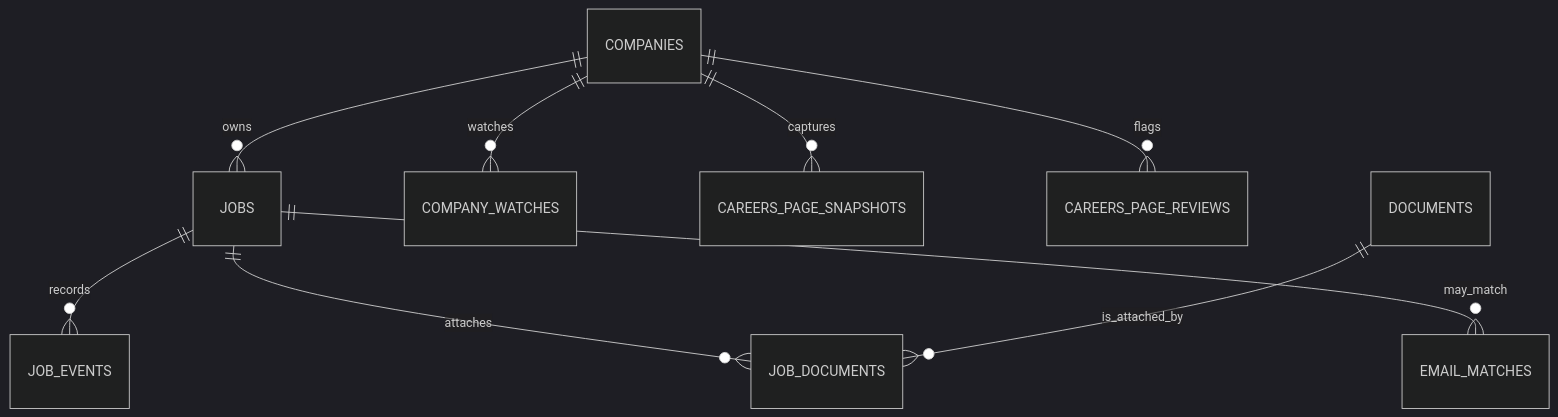
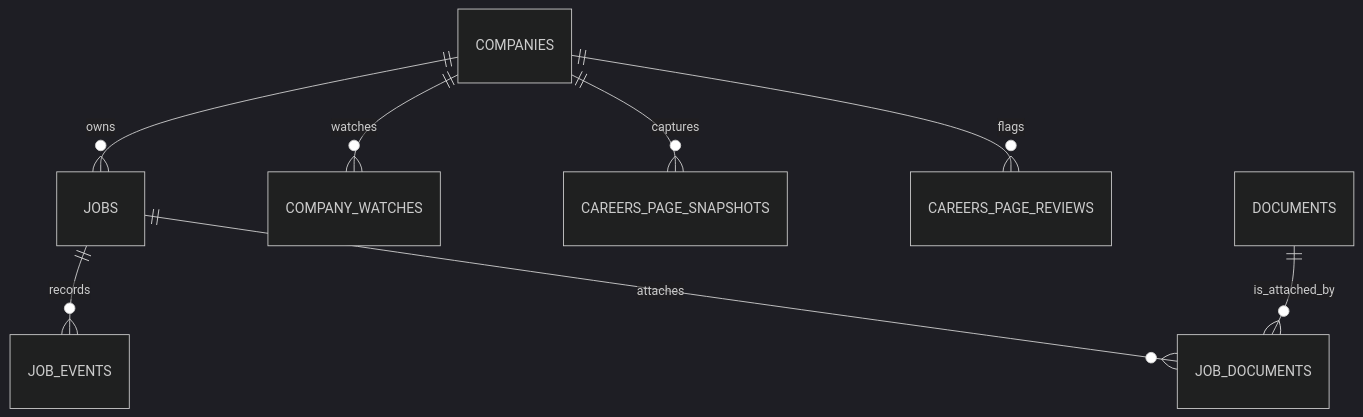
Before and after one commit to mrcyrilgoud/job-tracker: the second of 4 diagrams in docs/CODE_WALKTHROUGH.md, drawn with Mermaid (dark theme). The commit also changed other lines of this file and 26 other files, not shown here.

````diff
--- a/docs/CODE_WALKTHROUGH.md
+++ b/docs/CODE_WALKTHROUGH.md
@@ -105,11 +105,10 @@
 ```mermaid
 erDiagram
   COMPANIES ||--o{ JOBS : owns
   COMPANIES ||--o{ COMPANY_WATCHES : watches
   COMPANIES ||--o{ CAREERS_PAGE_SNAPSHOTS : captures
   COMPANIES ||--o{ CAREERS_PAGE_REVIEWS : flags
   JOBS ||--o{ JOB_EVENTS : records
   JOBS ||--o{ JOB_DOCUMENTS : attaches
   DOCUMENTS ||--o{ JOB_DOCUMENTS : is_attached_by
-  JOBS ||--o{ EMAIL_MATCHES : may_match
 ```
````
